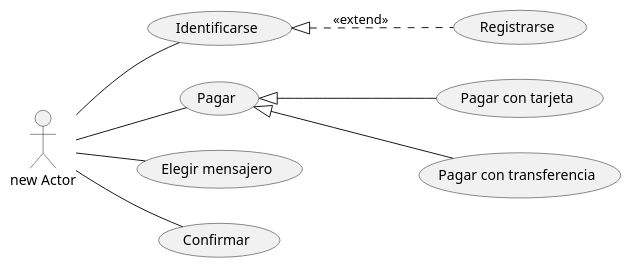
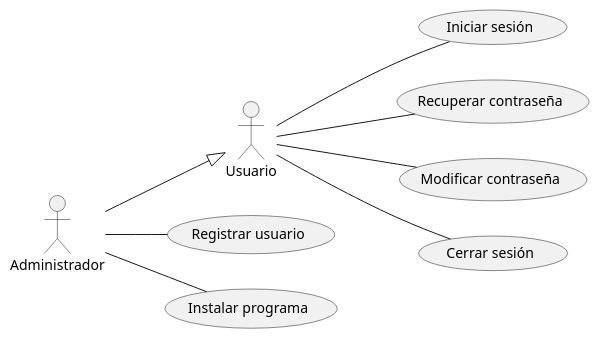
Before and after one commit to CorazaNegra/CasosDeUsos1: the diagram in CasosDeUso1.puml, drawn with PlantUML.

Commit message:
Ejemplo: Usuarios y administradores

```diff
--- a/CasosDeUso1.puml
+++ b/CasosDeUso1.puml
@@ -1,22 +1,22 @@
 @startuml
 
 left to right direction
-actor "new Actor" as nA
+actor "Usuario" as us
+actor "Administrador" as ad
 
-usecase "Identificarse" as UC1
-usecase "Pagar" as UC2
-usecase "Elegir mensajero" as UC3
-usecase "Confirmar" as UC4
-usecase "Registrarse" as UC5
-usecase "Pagar con tarjeta" as UC6
-usecase "Pagar con transferencia" as UC7
+usecase "Iniciar sesión" as UC1
+usecase "Recuperar contraseña" as UC2
+usecase "Modificar contraseña" as UC3
+usecase "Cerrar sesión" as UC4
+usecase "Registrar usuario" as UC5
+usecase "Instalar programa" as UC6
 
-nA -- UC1
-nA -- UC2
-nA -- UC3
-nA -- UC4
-UC1 <|.. UC5 : <<extend>>
-UC2 <|-- UC6
-UC2 <|-- UC7
+us -- UC1
+us -- UC2
+us -- UC3
+us -- UC4
+ad -- UC5
+ad -- UC6
+ad --|> us
 
 @enduml
```
